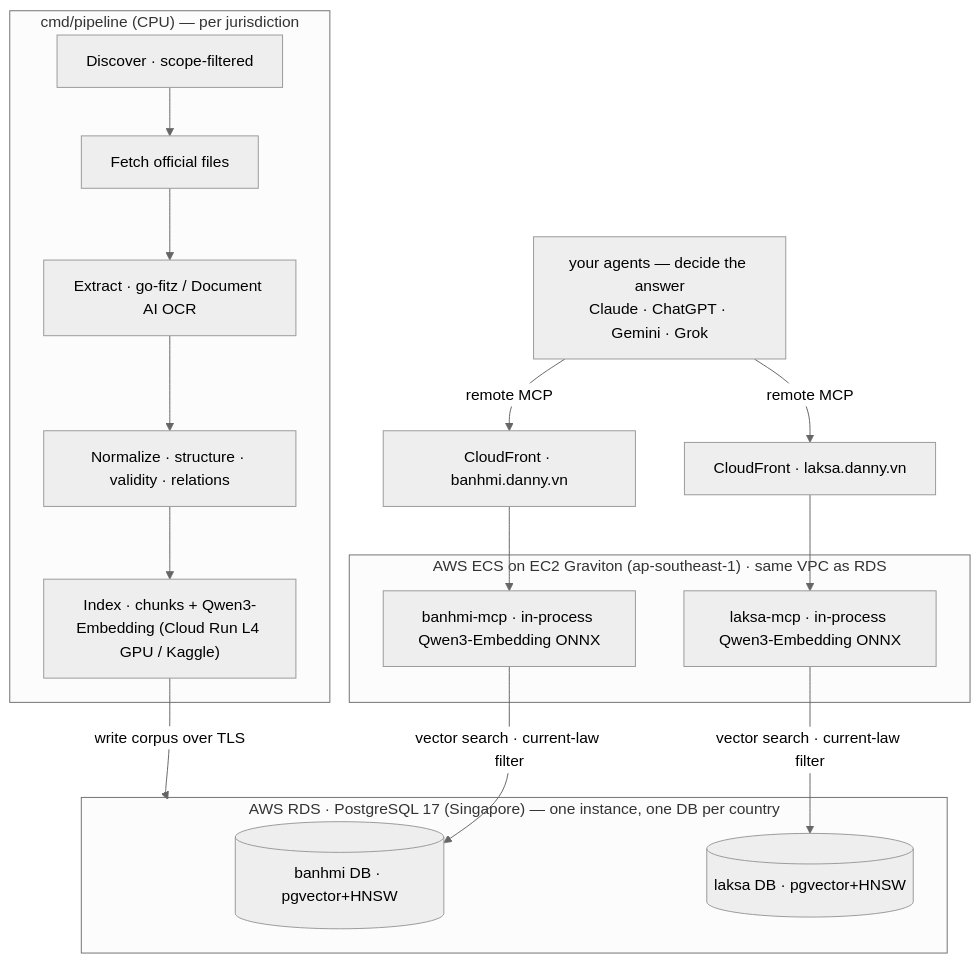
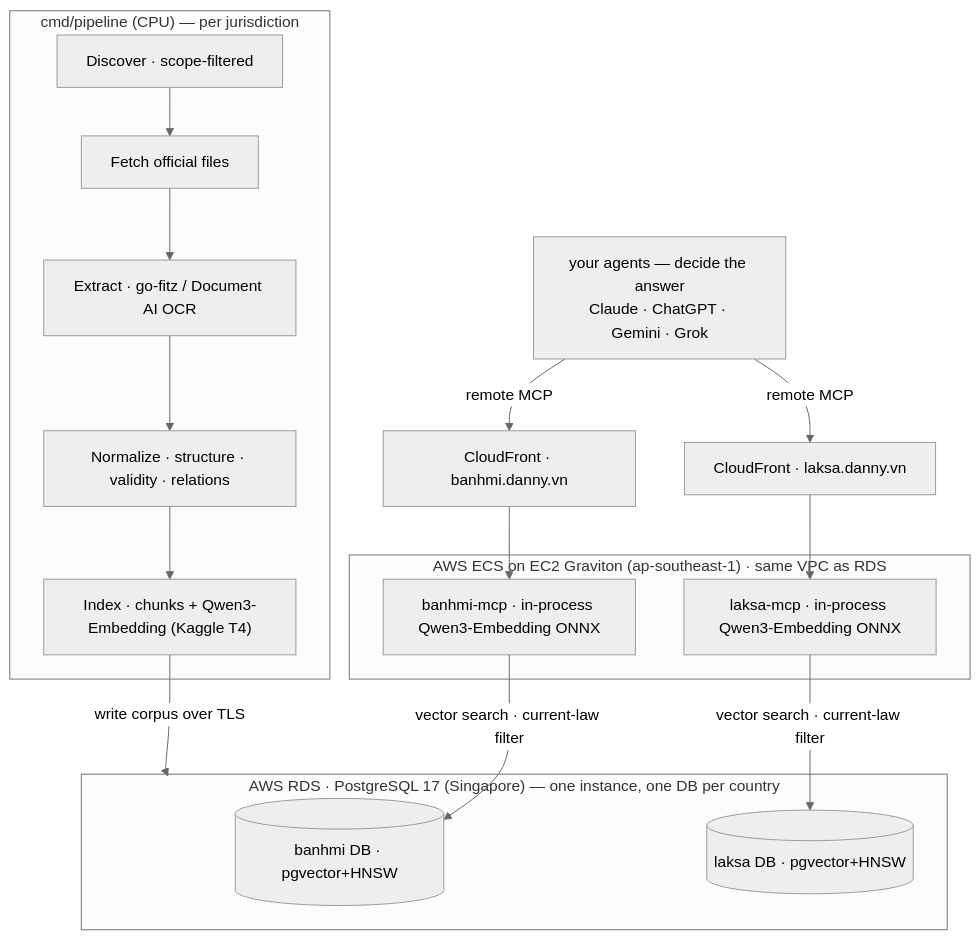
Before and after one commit to dannyota/banhmi: the diagram in README.md, drawn with Mermaid (neutral theme). The commit also changed 1 other file, not shown here.

Commit message:
docs: sweep remaining stale GCP read-path references

````diff
--- a/README.md
+++ b/README.md
@@ -89,26 +89,26 @@
 ```mermaid
 flowchart TB
   subgraph LOCAL["cmd/pipeline (CPU) — per jurisdiction"]
     DISC["Discover · scope-filtered"] --> DL["Fetch official files"]
     DL --> EXT["Extract · go-fitz / Document AI OCR"]
     EXT --> NORM["Normalize · structure · validity · relations"]
-    NORM --> IDX["Index · chunks + Qwen3-Embedding (Cloud Run L4 GPU / Kaggle)"]
+    NORM --> IDX["Index · chunks + Qwen3-Embedding (Kaggle T4)"]
   end
 
   subgraph RDS["AWS RDS · PostgreSQL 17 (Singapore) — one instance, one DB per country"]
     PGVN[("banhmi DB · pgvector+HNSW")]
     PGMY[("laksa DB · pgvector+HNSW")]
   end
 
   subgraph ECS["AWS ECS on EC2 Graviton (ap-southeast-1) · same VPC as RDS"]
     MCPVN["banhmi-mcp · in-process Qwen3-Embedding ONNX"]
     MCPMY["laksa-mcp · in-process Qwen3-Embedding ONNX"]
   end
 
   IDX -->|write corpus over TLS| RDS
   MCPVN -->|vector search · current-law filter| PGVN
   MCPMY -->|vector search · current-law filter| PGMY
   CFVN["CloudFront · banhmi.danny.vn"] --> MCPVN
   CFMY["CloudFront · laksa.danny.vn"] --> MCPMY
   USERS["your agents — decide the answer<br/>Claude · ChatGPT · Gemini · Grok"] -->|remote MCP| CFVN & CFMY
 ```
````
